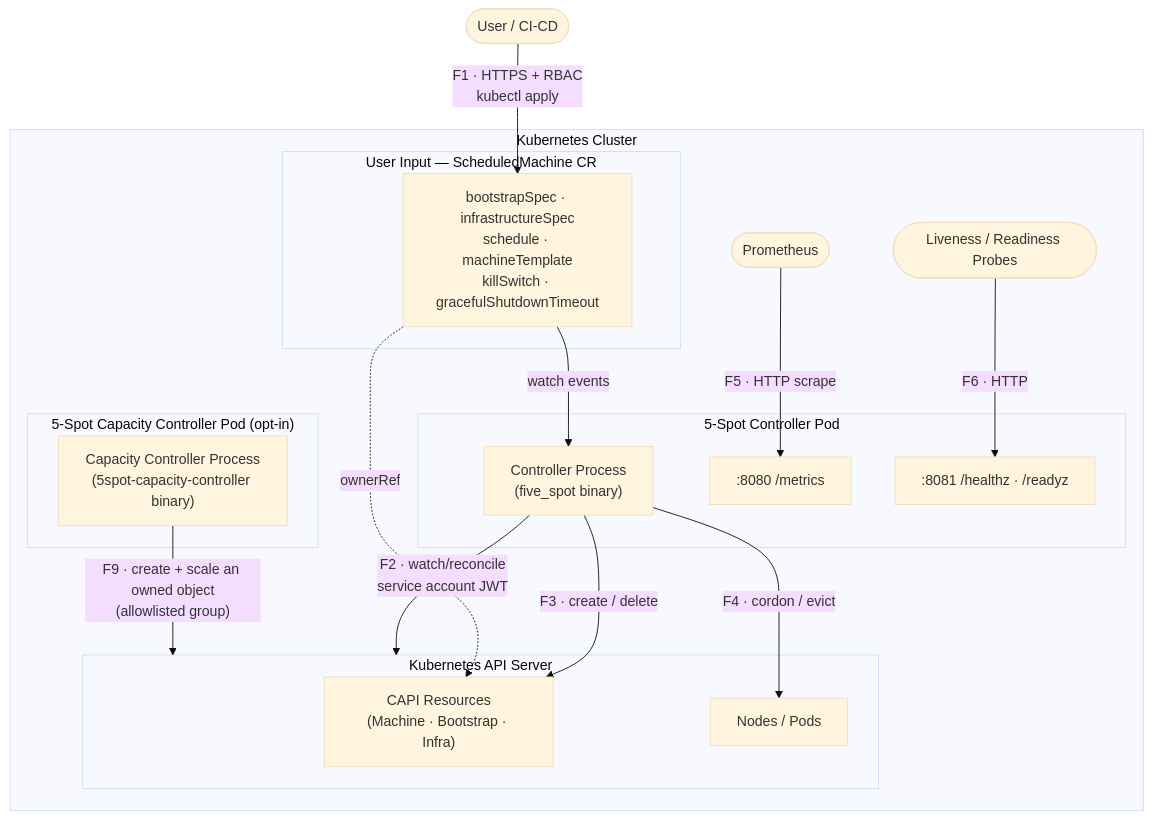
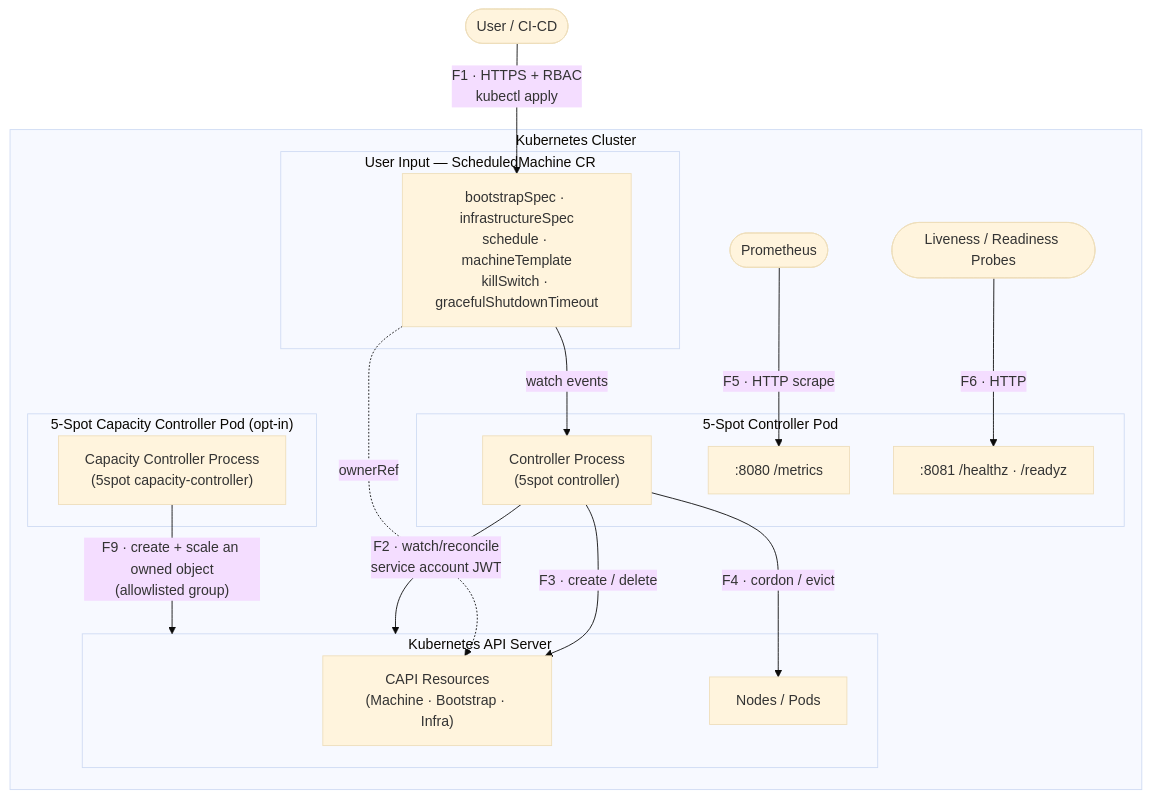
The first of 2 diagrams in docs/src/security/threat-model.md (finos/5-spot), drawn with Mermaid (base theme) before and after one commit. The commit also changed other lines of this file and 63 other files, not shown here.

First line of the commit message:
feat: one 5spot binary with subcommands in one image (ADR 0020) (#200)

````diff
--- a/docs/src/security/threat-model.md
+++ b/docs/src/security/threat-model.md
@@ -136,38 +154,38 @@
 ```mermaid
 flowchart TB
     User(["User / CI-CD"])
 
     subgraph cluster["Kubernetes Cluster"]
         subgraph capctrl["5-Spot Capacity Controller Pod (opt-in)"]
-            CC["Capacity Controller Process\n(5spot-capacity-controller binary)"]
+            CC["Capacity Controller Process\n(5spot capacity-controller)"]
         end
 
         subgraph ctrl["5-Spot Controller Pod"]
-            C["Controller Process\n(five_spot binary)"]
+            C["Controller Process\n(5spot controller)"]
             M[":8080 /metrics"]
             H[":8081 /healthz · /readyz"]
         end
 
         subgraph input["User Input — ScheduledMachine CR"]
             SM["bootstrapSpec · infrastructureSpec\nschedule · machineTemplate\nkillSwitch · gracefulShutdownTimeout"]
         end
 
         subgraph api["Kubernetes API Server"]
             CAPI["CAPI Resources\n(Machine · Bootstrap · Infra)"]
             NP["Nodes / Pods"]
         end
 
         Prom(["Prometheus"])
         Probes(["Liveness / Readiness Probes"])
     end
 
     User -->|"F1 · HTTPS + RBAC\nkubectl apply"| SM
     SM -->|watch events| C
     C -->|"F2 · watch/reconcile\nservice account JWT"| api
     C -->|"F3 · create / delete"| CAPI
     C -->|"F4 · cordon / evict"| NP
     SM -.->|ownerRef| CAPI
     CC -->|"F9 · create + scale an owned object\n(allowlisted group)"| api
     Prom -->|"F5 · HTTP scrape"| M
     Probes -->|"F6 · HTTP"| H
 ```
````
